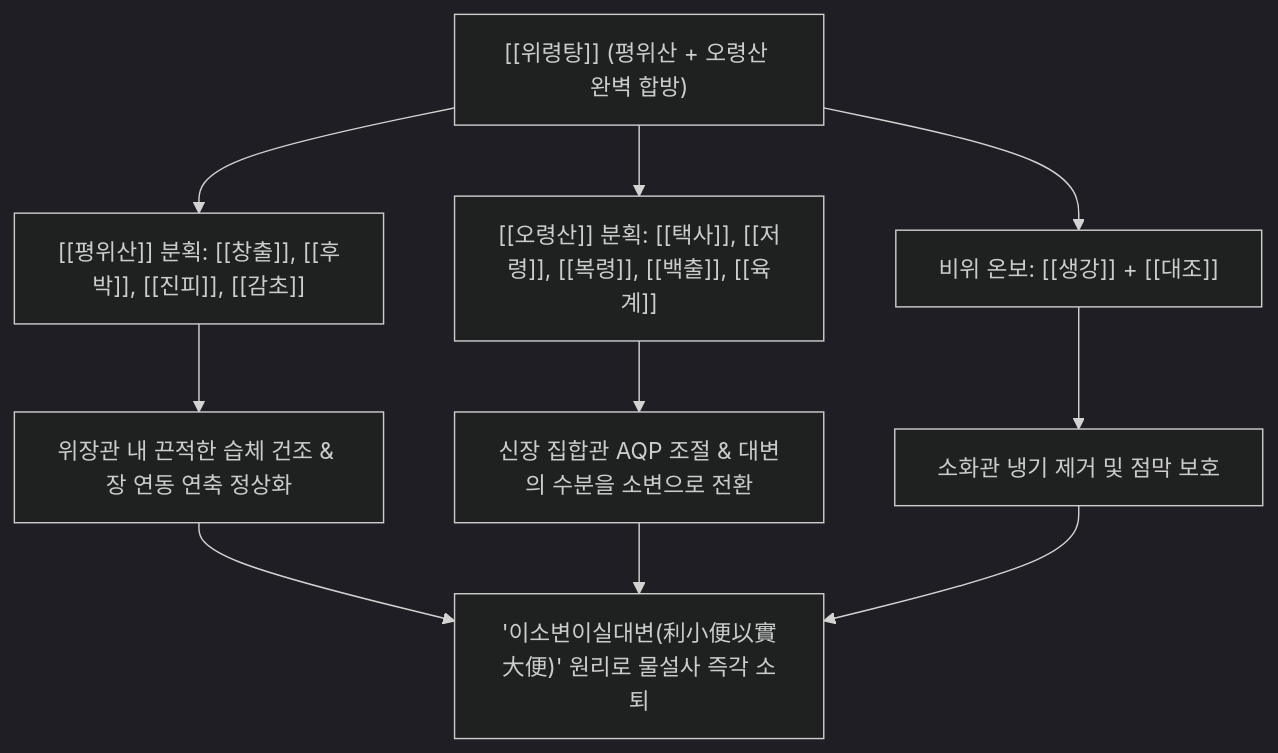
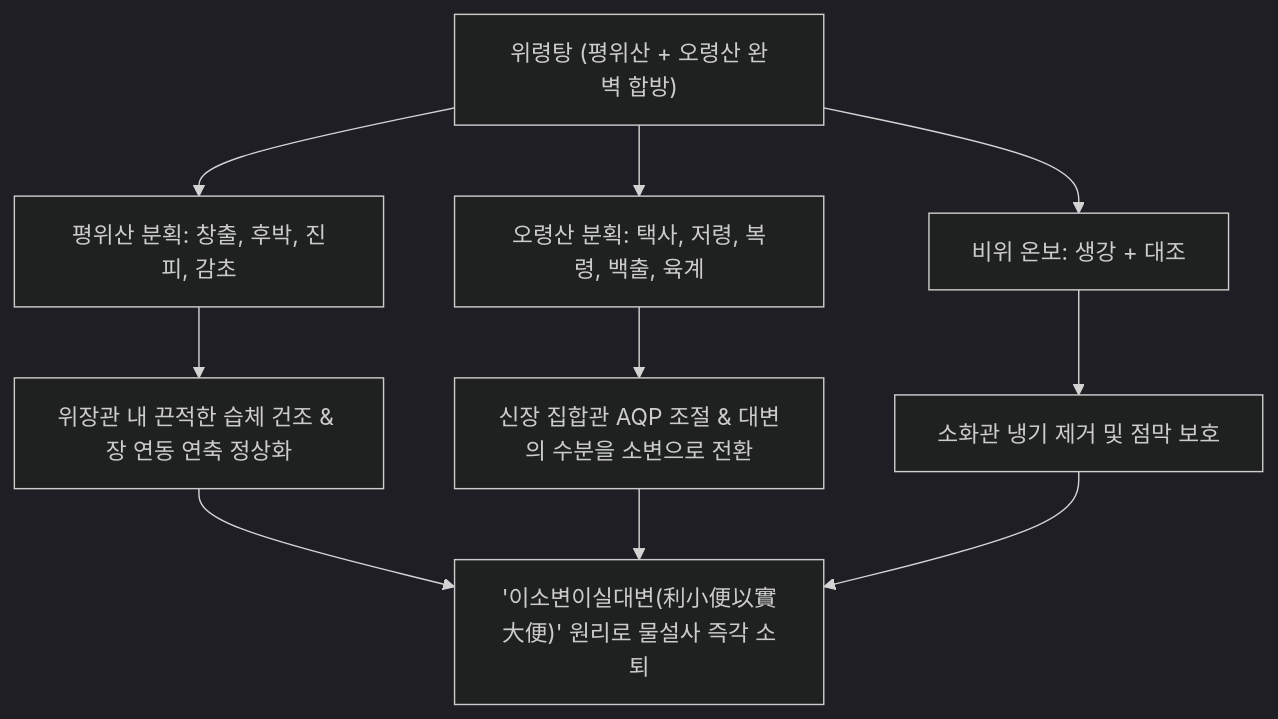
Before and after one commit to simbio11/simbio-digital-garden2: the diagram in content/2. 약리 공부/처방/03_화담·거습·이수제/위령탕.md, drawn with Mermaid (dark theme). The commit also changed other lines of this file and 323 other files, not shown here.

````diff
--- a/content/2. 약리 공부/처방/03_화담·거습·이수제/위령탕.md
+++ b/content/2. 약리 공부/처방/03_화담·거습·이수제/위령탕.md
@@ -50,12 +50,12 @@
 ```mermaid
 graph TD
-    A["[[위령탕]] (평위산 + 오령산 완벽 합방)"] --> B["[[평위산]] 분획: [[창출]], [[후박]], [[진피]], [[감초]]"]
-    A --> C["[[오령산]] 분획: [[택사]], [[저령]], [[복령]], [[백출]], [[육계]]"]
-    A --> D["비위 온보: [[생강]] + [[대조]]"]
+    A["위령탕 (평위산 + 오령산 완벽 합방)"] --> B["평위산 분획: 창출, 후박, 진피, 감초"]
+    A --> C["오령산 분획: 택사, 저령, 복령, 백출, 육계"]
+    A --> D["비위 온보: 생강 + 대조"]
 
     B --> E["위장관 내 끈적한 습체 건조 & 장 연동 연축 정상화"]
     C --> F["신장 집합관 AQP 조절 & 대변의 수분을 소변으로 전환"]
     D --> G["소화관 냉기 제거 및 점막 보호"]
 
     E & F & G --> H["'이소변이실대변(利小便以實大便)' 원리로 물설사 즉각 소퇴"]
 ```
````
